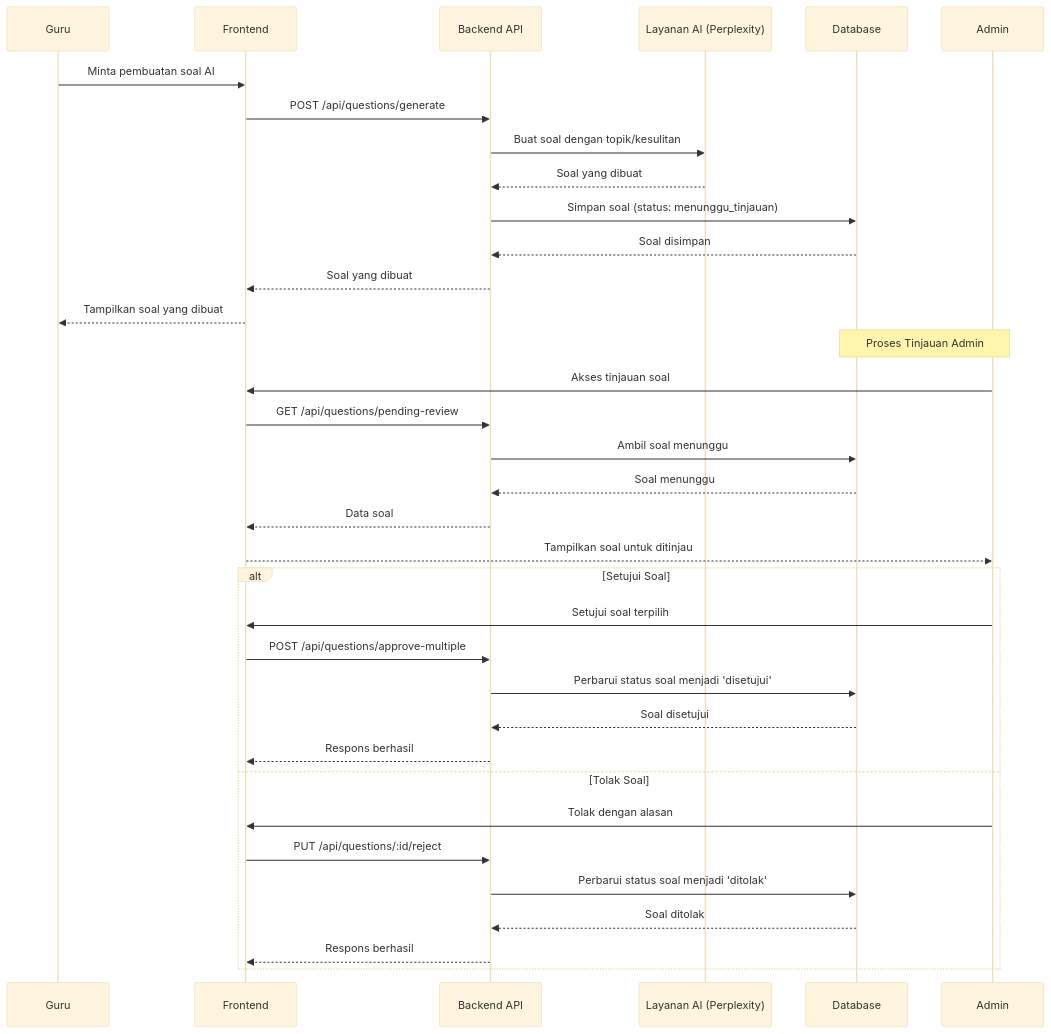
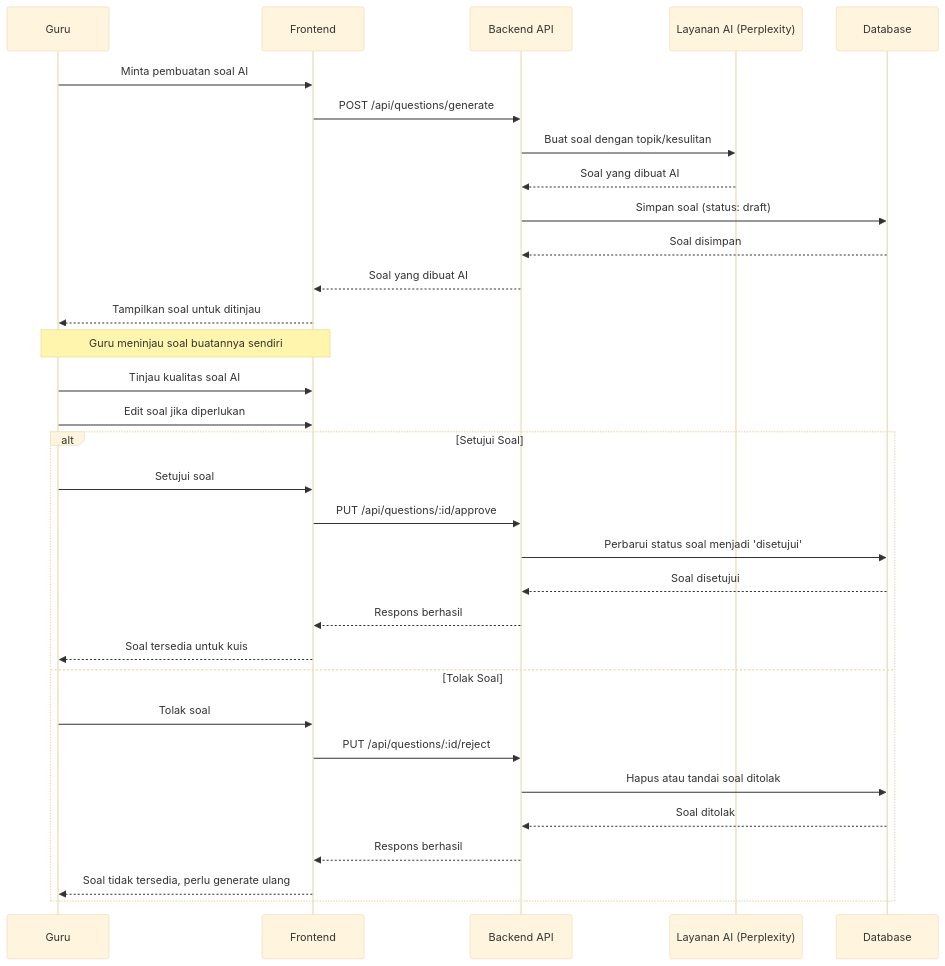
The third of 6 diagrams in sequence-diagrams.md (jonito2005/exam-expert-ai-docs), drawn with Mermaid (base theme) before and after one commit. The commit also changed other lines of this file and 3 other files, not shown here.

````diff
--- a/sequence-diagrams.md
+++ b/sequence-diagrams.md
@@ -88,40 +88,37 @@
 ```mermaid
 sequenceDiagram
     participant T as Guru
     participant F as Frontend
     participant API as Backend API
     participant AI as Layanan AI (Perplexity)
     participant DB as Database
-    participant A as Admin
 
     T->>F: Minta pembuatan soal AI
     F->>API: POST /api/questions/generate
     API->>AI: Buat soal dengan topik/kesulitan
-    AI-->>API: Soal yang dibuat
-    API->>DB: Simpan soal (status: menunggu_tinjauan)
+    AI-->>API: Soal yang dibuat AI
+    API->>DB: Simpan soal (status: draft)
     DB-->>API: Soal disimpan
-    API-->>F: Soal yang dibuat
-    F-->>T: Tampilkan soal yang dibuat
+    API-->>F: Soal yang dibuat AI
+    F-->>T: Tampilkan soal untuk ditinjau
 
-    Note over A,DB: Proses Tinjauan Admin
-    A->>F: Akses tinjauan soal
-    F->>API: GET /api/questions/pending-review
-    API->>DB: Ambil soal menunggu
-    DB-->>API: Soal menunggu
-    API-->>F: Data soal
-    F-->>A: Tampilkan soal untuk ditinjau
-
+    Note over T,F: Guru meninjau soal buatannya sendiri
+    T->>F: Tinjau kualitas soal AI
+    T->>F: Edit soal jika diperlukan
+    
     alt Setujui Soal
-        A->>F: Setujui soal terpilih
-        F->>API: POST /api/questions/approve-multiple
+        T->>F: Setujui soal
+        F->>API: PUT /api/questions/:id/approve
         API->>DB: Perbarui status soal menjadi 'disetujui'
         DB-->>API: Soal disetujui
         API-->>F: Respons berhasil
+        F-->>T: Soal tersedia untuk kuis
     else Tolak Soal
-        A->>F: Tolak dengan alasan
+        T->>F: Tolak soal
         F->>API: PUT /api/questions/:id/reject
-        API->>DB: Perbarui status soal menjadi 'ditolak'
+        API->>DB: Hapus atau tandai soal ditolak
         DB-->>API: Soal ditolak
         API-->>F: Respons berhasil
+        F-->>T: Soal tidak tersedia, perlu generate ulang
     end
 ```
````
